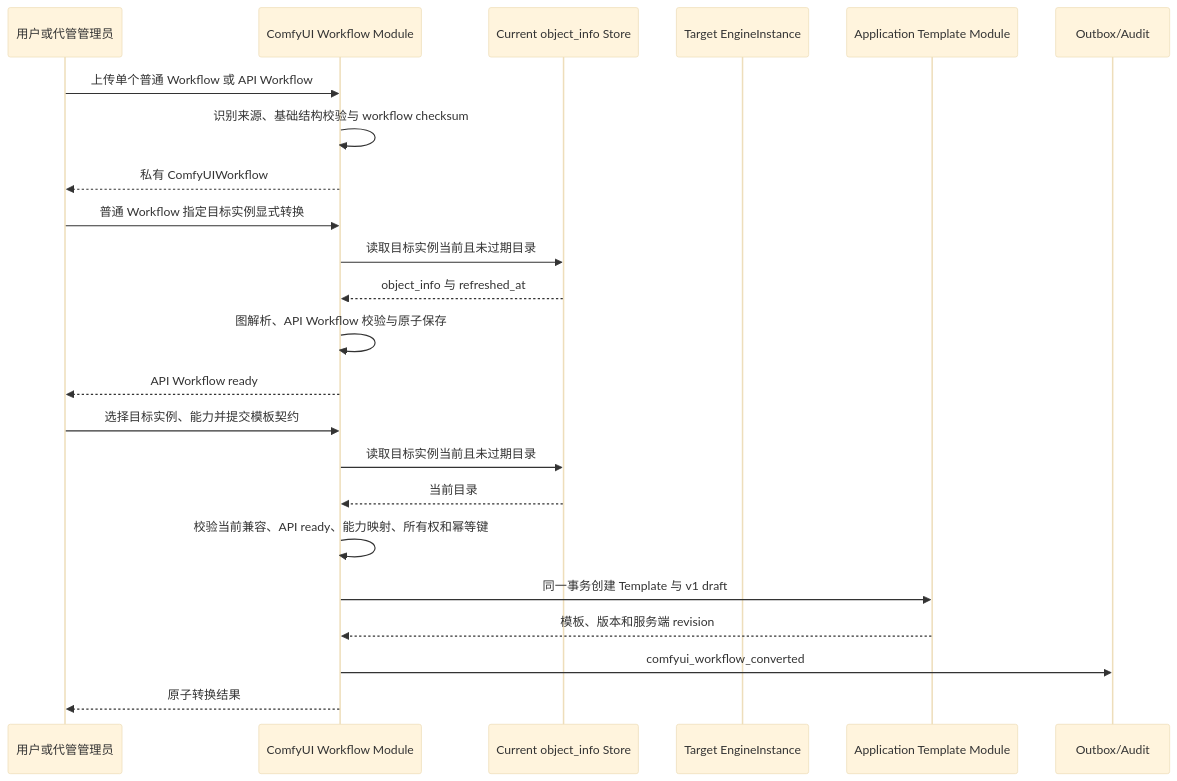
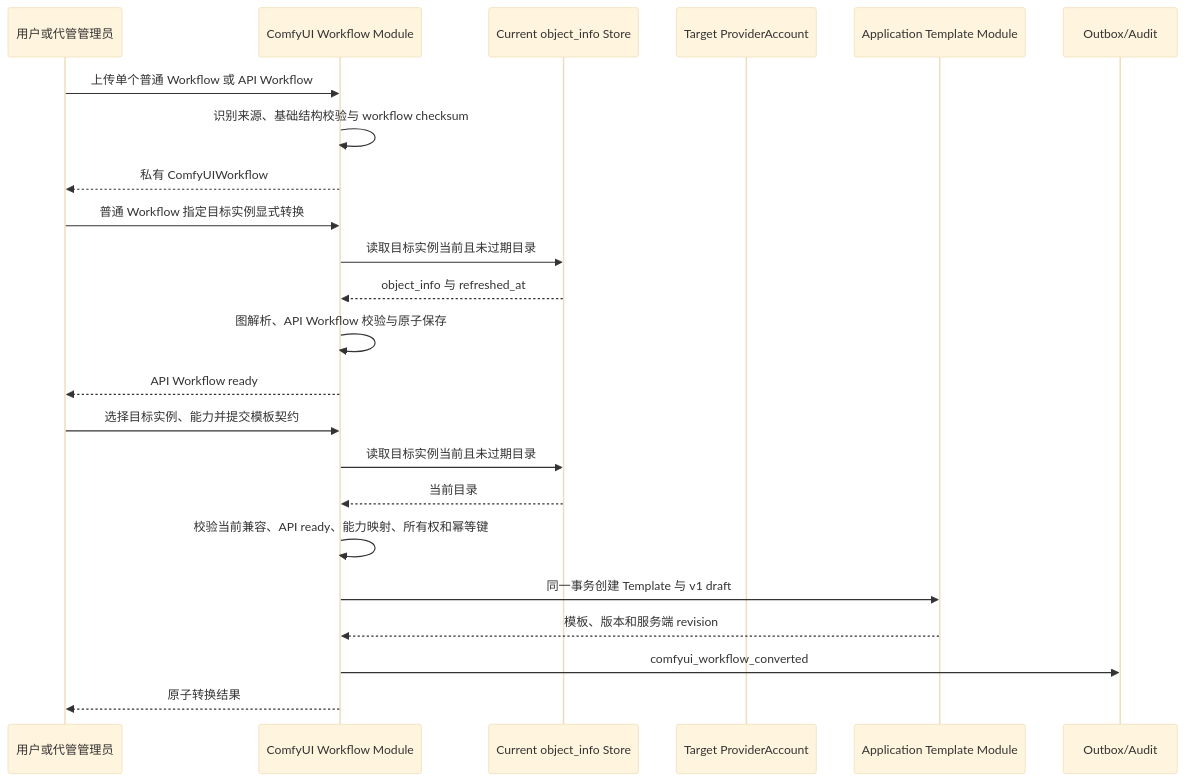
The first of 2 diagrams in 02_architecture/domains/application-platform.md (wangweihong/omnimam-spec), drawn with Mermaid (base theme) before and after one commit. The commit also changed other lines of this file and 67 other files, not shown here.

Commit message:
spec: implement unified provider account architecture

````diff
--- a/02_architecture/domains/application-platform.md
+++ b/02_architecture/domains/application-platform.md
@@ -22,28 +22,28 @@
 ```mermaid
 sequenceDiagram
     participant User as 用户或代管管理员
     participant Workflow as ComfyUI Workflow Module
     participant Catalog as Current object_info Store
-    participant Target as Target EngineInstance
+    participant Target as Target ProviderAccount
     participant Template as Application Template Module
     participant Outbox as Outbox/Audit
 
     User->>Workflow: 上传单个普通 Workflow 或 API Workflow
     Workflow->>Workflow: 识别来源、基础结构校验与 workflow checksum
     Workflow-->>User: 私有 ComfyUIWorkflow
 
     User->>Workflow: 普通 Workflow 指定目标实例显式转换
     Workflow->>Catalog: 读取目标实例当前且未过期目录
     Catalog-->>Workflow: object_info 与 refreshed_at
     Workflow->>Workflow: 图解析、API Workflow 校验与原子保存
     Workflow-->>User: API Workflow ready
 
     User->>Workflow: 选择目标实例、能力并提交模板契约
     Workflow->>Catalog: 读取目标实例当前且未过期目录
     Catalog-->>Workflow: 当前目录
     Workflow->>Workflow: 校验当前兼容、API ready、能力映射、所有权和幂等键
     Workflow->>Template: 同一事务创建 Template 与 v1 draft
     Template-->>Workflow: 模板、版本和服务端 revision
     Workflow->>Outbox: comfyui_workflow_converted
     Workflow-->>User: 原子转换结果
 ```
````
